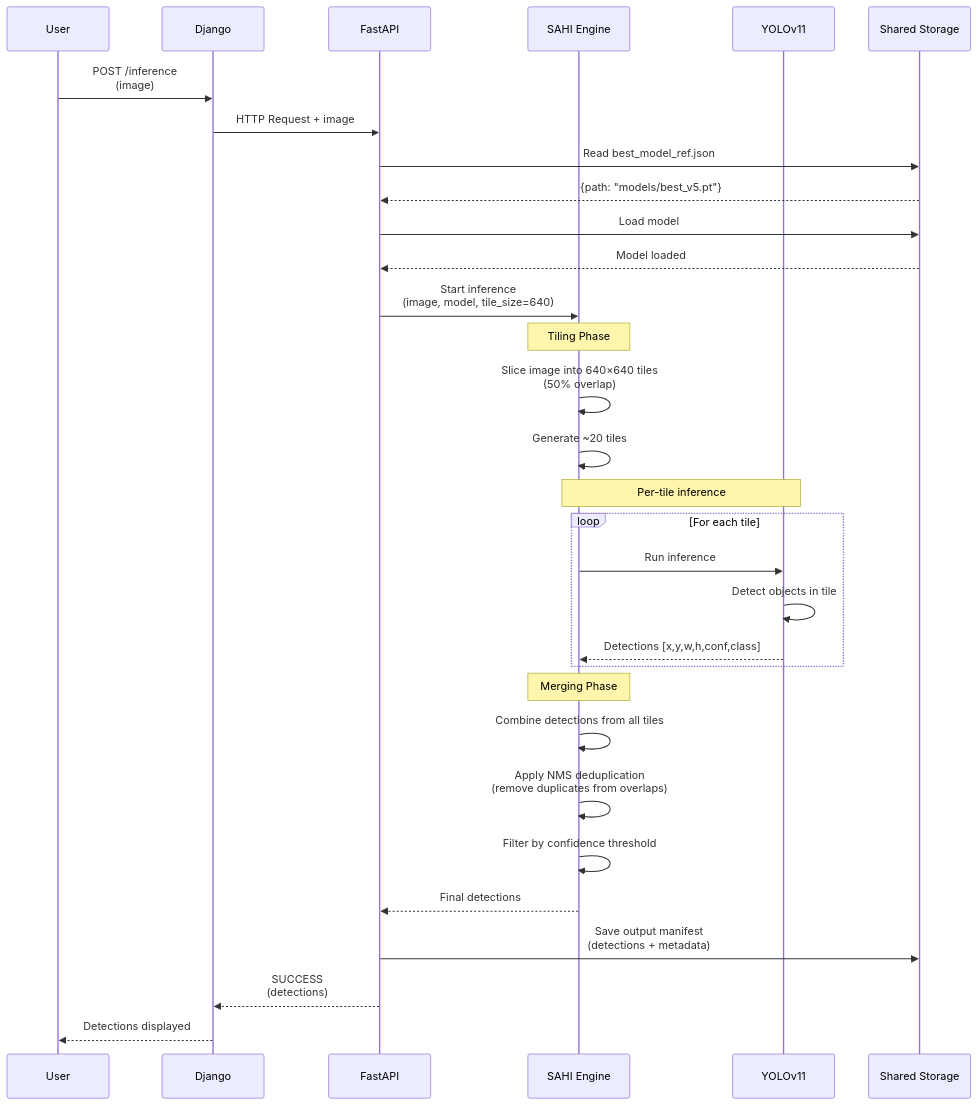
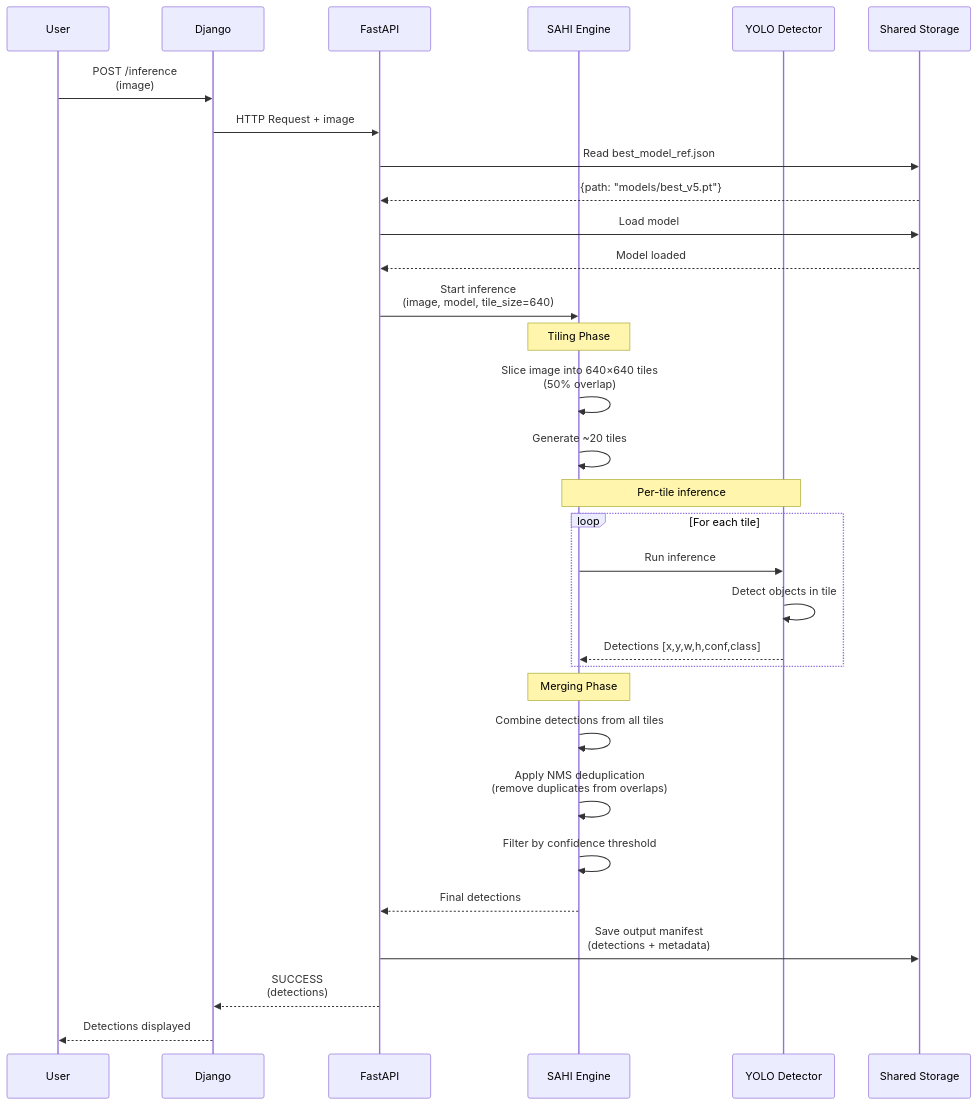
The diagram in diagrams/inference-flow.mmd (maaferna/yolo-training-inference-orchestration-architecture), drawn with Mermaid before and after one commit. The commit also changed 8 other files, not shown here.

```diff
--- a/diagrams/inference-flow.mmd
+++ b/diagrams/inference-flow.mmd
@@ -1,38 +1,38 @@
 sequenceDiagram
     participant User
     participant Django
     participant FastAPI
     participant SAHI as SAHI Engine
-    participant YOLO as YOLOv11
+    participant YOLO as YOLO Detector
     participant Storage as Shared Storage
     
     User->>Django: POST /inference<br/>(image)
     Django->>FastAPI: HTTP Request + image
     
     FastAPI->>Storage: Read best_model_ref.json
     Storage-->>FastAPI: {path: "models/best_v5.pt"}
     FastAPI->>Storage: Load model
     Storage-->>FastAPI: Model loaded
     
     FastAPI->>SAHI: Start inference<br/>(image, model, tile_size=640)
     
     Note over SAHI: Tiling Phase
     SAHI->>SAHI: Slice image into 640×640 tiles<br/>(50% overlap)
     SAHI->>SAHI: Generate ~20 tiles
     
     Note over SAHI,YOLO: Per-tile inference
     loop For each tile
         SAHI->>YOLO: Run inference
         YOLO->>YOLO: Detect objects in tile
         YOLO-->>SAHI: Detections [x,y,w,h,conf,class]
     end
     
     Note over SAHI: Merging Phase
     SAHI->>SAHI: Combine detections from all tiles
     SAHI->>SAHI: Apply NMS deduplication<br/>(remove duplicates from overlaps)
     SAHI->>SAHI: Filter by confidence threshold
     SAHI-->>FastAPI: Final detections
     
     FastAPI->>Storage: Save output manifest<br/>(detections + metadata)
     FastAPI-->>Django: SUCCESS<br/>(detections)
     Django-->>User: Detections displayed
```
